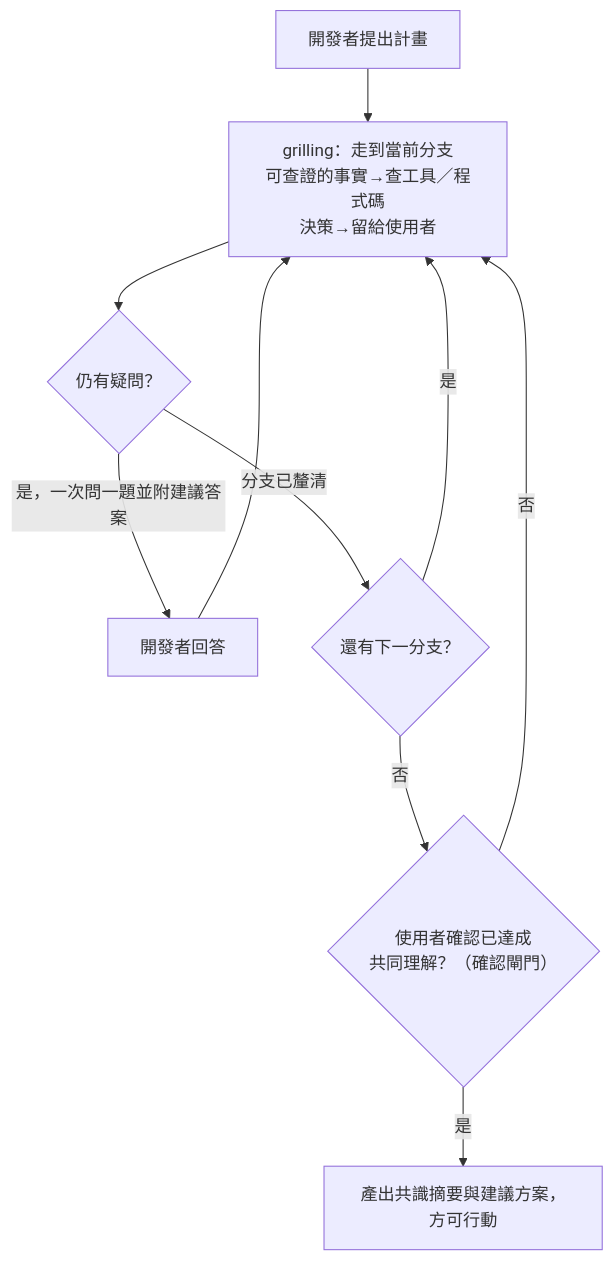
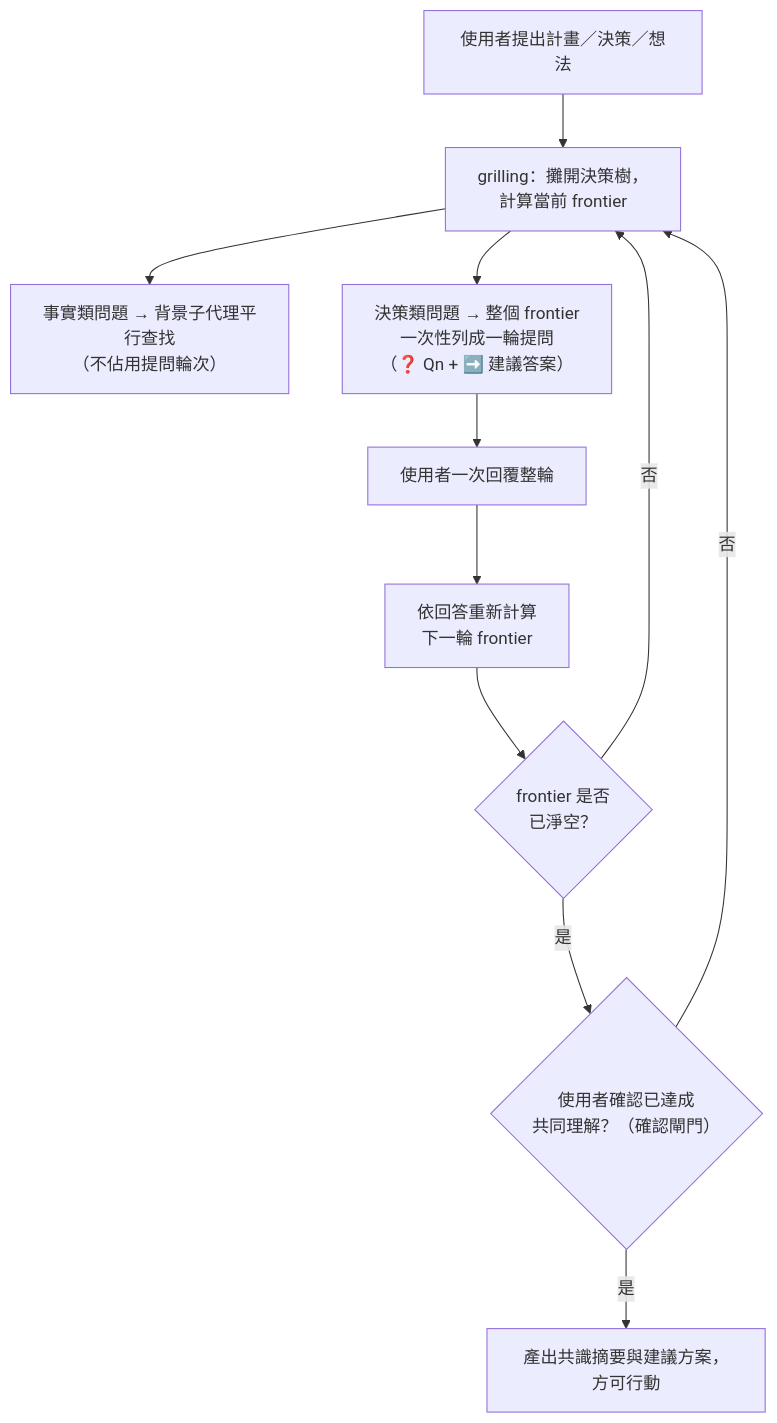
Before and after one commit to chihhung/Blog: the fifth of 15 diagrams in content/posts/教學/AI開發/mattpocock skills 教學手冊.md, drawn with Mermaid. The commit also changed other lines of this file, not shown here.

````diff
--- a/content/posts/教學/AI開發/mattpocock skills 教學手冊.md
+++ b/content/posts/教學/AI開發/mattpocock skills 教學手冊.md
@@ -918,12 +947,13 @@
 ```mermaid
 flowchart TD
-    A["開發者提出計畫"] --> B["grilling：走到當前分支<br/>可查證的事實→查工具／程式碼<br/>決策→留給使用者"]
-    B --> C{"仍有疑問？"}
-    C -->|"是，一次問一題並附建議答案"| D["開發者回答"]
-    D --> B
-    C -->|"分支已釐清"| E{"還有下一分支？"}
-    E -->|"是"| B
-    E -->|"否"| F{"使用者確認已達成<br/>共同理解？（確認閘門）"}
-    F -->|"否"| B
-    F -->|"是"| G["產出共識摘要與建議方案，方可行動"]
+    A["使用者提出計畫／決策／想法"] --> B["grilling：攤開決策樹，<br/>計算當前 frontier"]
+    B --> C["事實類問題 → 背景子代理平行查找<br/>（不佔用提問輪次）"]
+    B --> D["決策類問題 → 整個 frontier<br/>一次性列成一輪提問<br/>（❓ Qn + ➡️ 建議答案）"]
+    D --> E["使用者一次回覆整輪"]
+    E --> F["依回答重新計算<br/>下一輪 frontier"]
+    F --> G{"frontier 是否<br/>已淨空？"}
+    G -->|"否"| B
+    G -->|"是"| H{"使用者確認已達成<br/>共同理解？（確認閘門）"}
+    H -->|"否"| B
+    H -->|"是"| I["產出共識摘要與建議方案，方可行動"]
 ```
````
